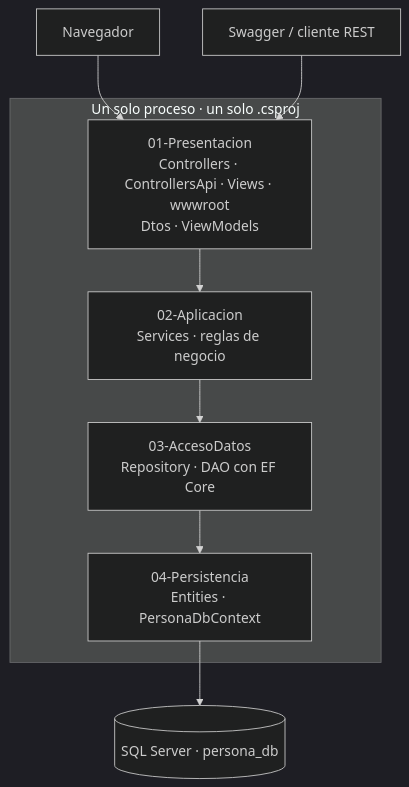
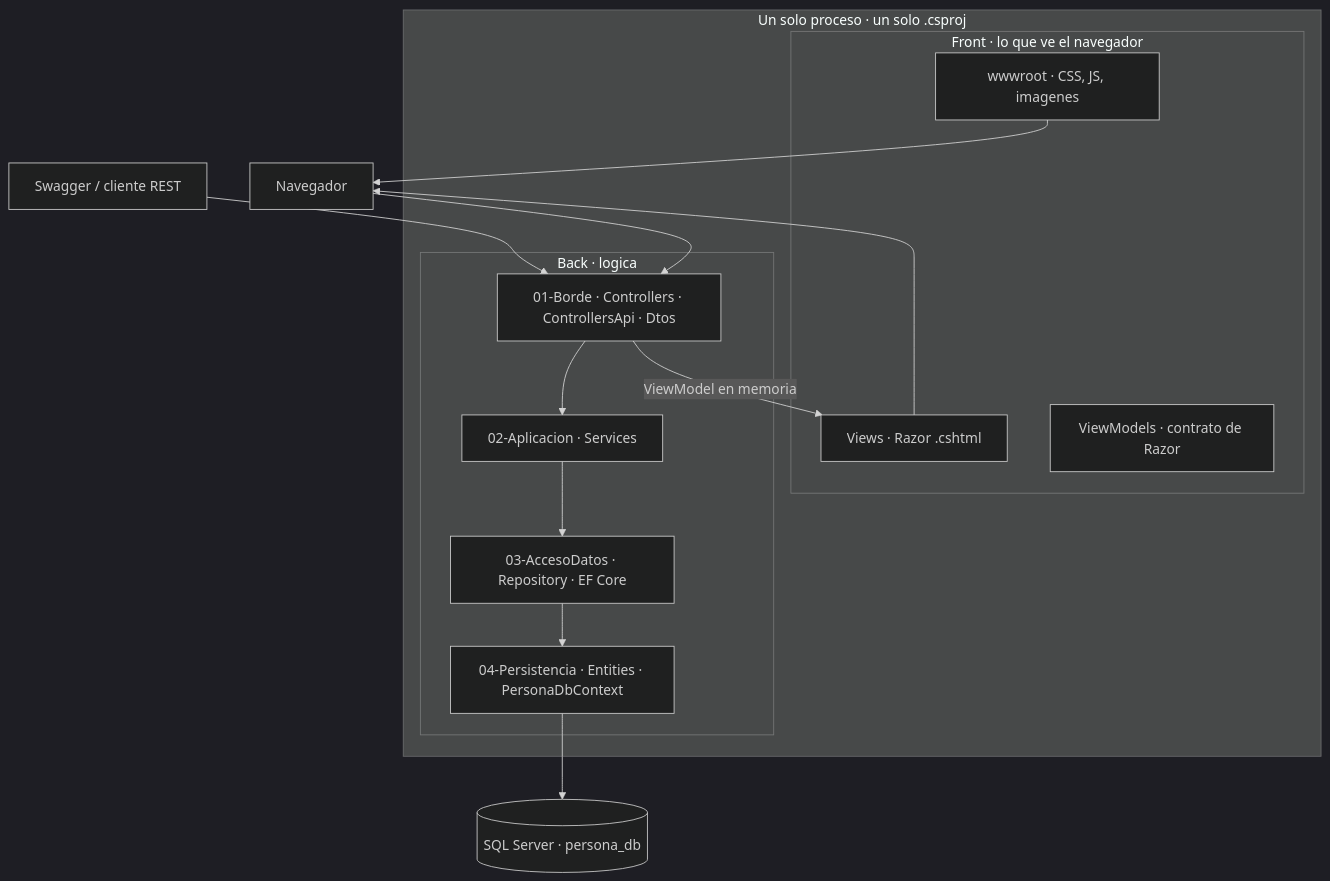
Before and after one commit to SarAlbN1/AS-personapi-dotnet: the diagram in personapi-dotnet/README.md, drawn with Mermaid (dark theme). The commit also changed other lines of this file and 43 other files, not shown here.

First line of the commit message:
refactor(estructura): separa Front de Back en el árbol del proyecto

````diff
--- a/personapi-dotnet/README.md
+++ b/personapi-dotnet/README.md
@@ -7,15 +8,25 @@
 ```mermaid
 flowchart TB
-    Nav[Navegador] --> C1
-    Cli[Swagger / cliente REST] --> C1
+    Nav[Navegador]
+    Cli[Swagger / cliente REST]
     subgraph PROC[Un solo proceso · un solo .csproj]
-        C1[01-Presentacion<br/>Controllers · ControllersApi · Views · wwwroot<br/>Dtos · ViewModels]
-        C2[02-Aplicacion<br/>Services · reglas de negocio]
-        C3[03-AccesoDatos<br/>Repository · DAO con EF Core]
-        C4[04-Persistencia<br/>Entities · PersonaDbContext]
-        C1 --> C2
-        C2 --> C3
-        C3 --> C4
+        subgraph F[Front · lo que ve el navegador]
+            V[Views · Razor .cshtml]
+            W[wwwroot · CSS, JS, imagenes]
+            VM[ViewModels · contrato de Razor]
+        end
+        subgraph B[Back · logica]
+            B1[01-Borde · Controllers · ControllersApi · Dtos]
+            B2[02-Aplicacion · Services]
+            B3[03-AccesoDatos · Repository · EF Core]
+            B4[04-Persistencia · Entities · PersonaDbContext]
+            B1 --> B2 --> B3 --> B4
+        end
     end
-    C4 --> DB[(SQL Server · persona_db)]
+    Nav --> B1
+    Cli --> B1
+    B1 -->|ViewModel en memoria| V
+    V --> Nav
+    W --> Nav
+    B4 --> DB[(SQL Server · persona_db)]
 ```
````
